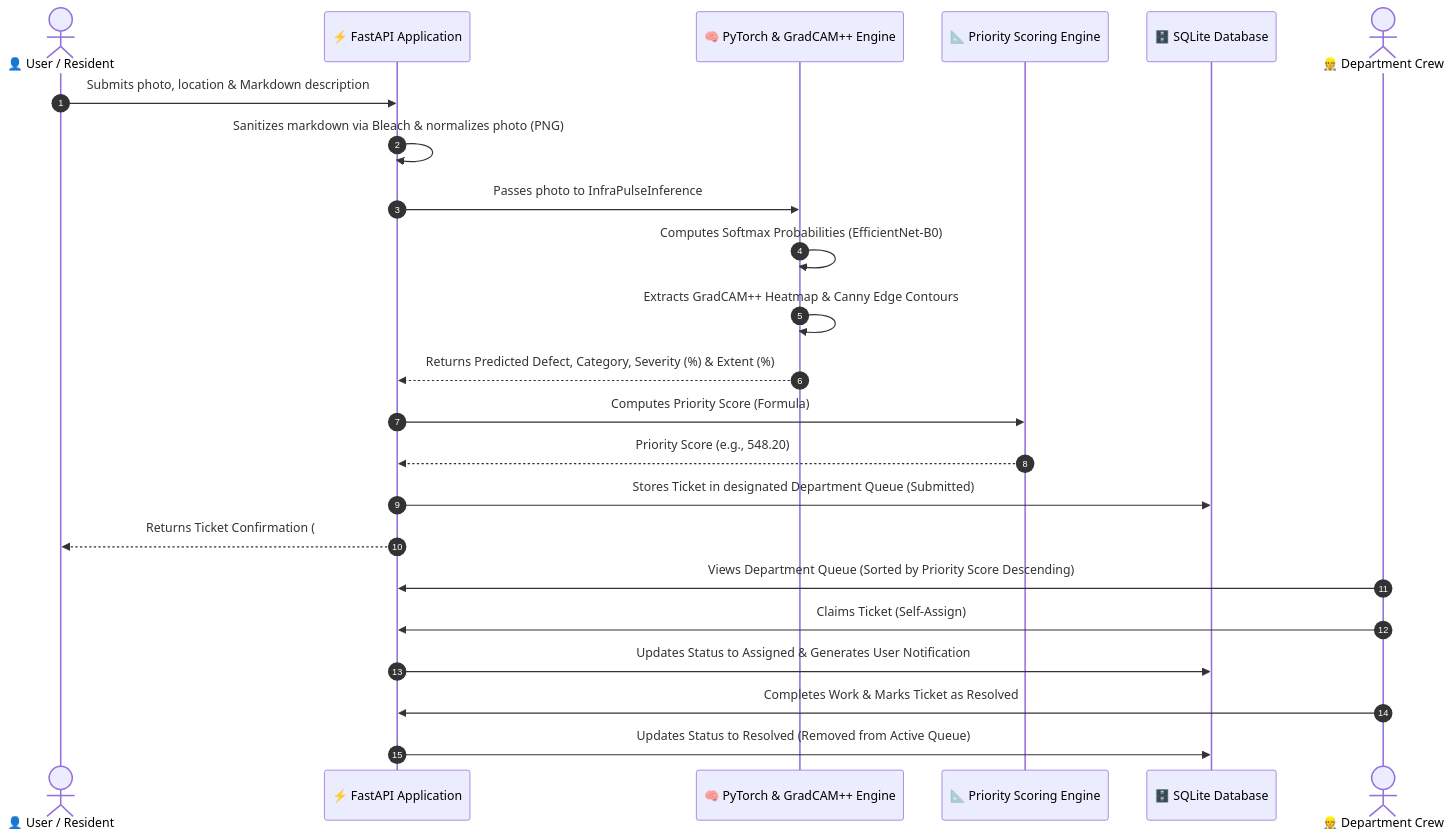
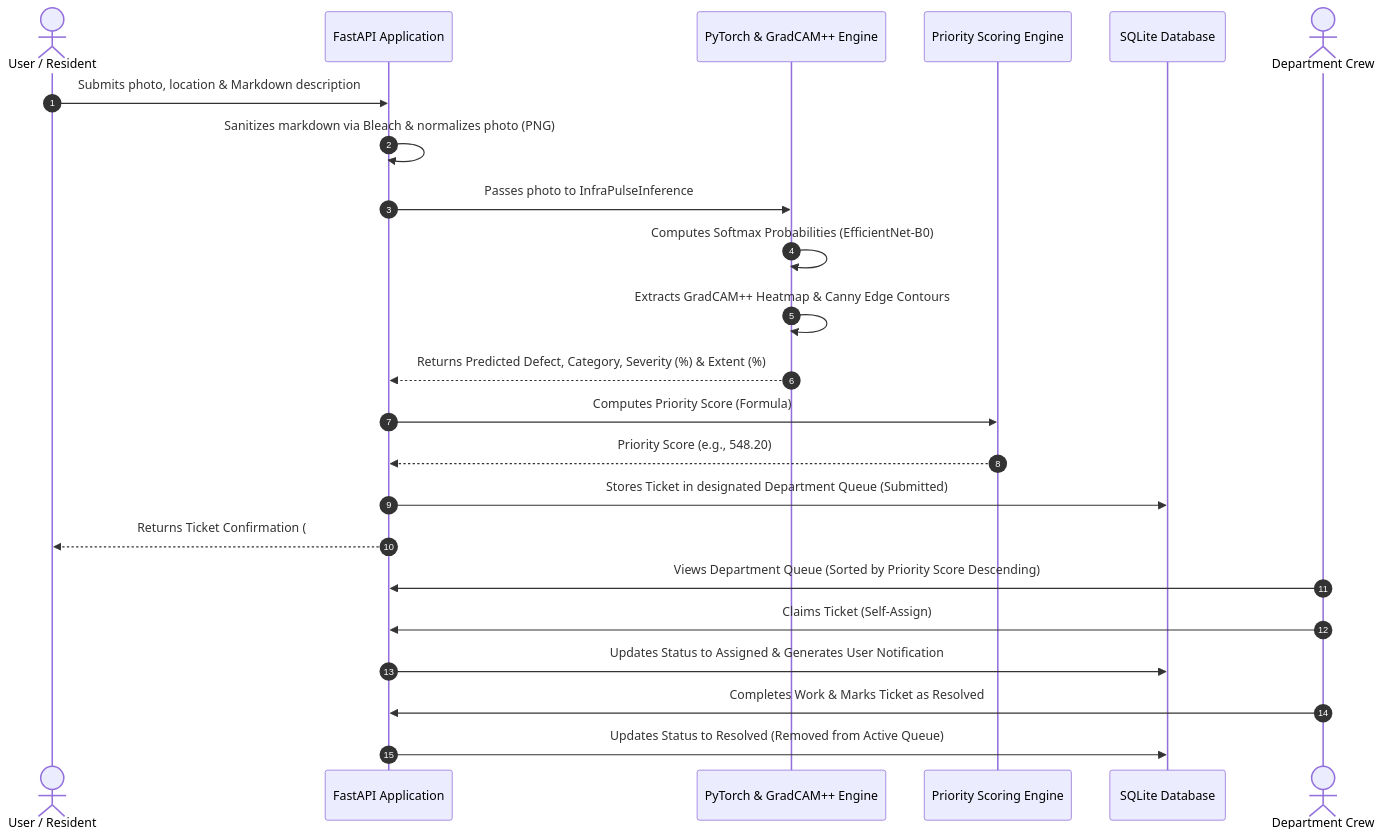
The second of 5 diagrams in docs/DESIGN_DOCUMENT.md (Bittu5134/InfraPulse), drawn with Mermaid before and after one commit. The commit also changed 1 other file, not shown here.

Commit message:
docs: reorganize diagrams contextually throughout README and strip all emojis across docs

````diff
--- a/docs/DESIGN_DOCUMENT.md
+++ b/docs/DESIGN_DOCUMENT.md
@@ -78,26 +78,26 @@
 ```mermaid
 sequenceDiagram
     autonumber
-    actor Resident as 👤 User / Resident
-    participant App as ⚡ FastAPI Application
-    participant ML as 🧠 PyTorch & GradCAM++ Engine
-    participant Engine as 📐 Priority Scoring Engine
-    participant DB as 🗄️ SQLite Database
-    actor Staff as 👷 Department Crew
+    actor Resident as User / Resident
+    participant App as FastAPI Application
+    participant ML as PyTorch & GradCAM++ Engine
+    participant Engine as Priority Scoring Engine
+    participant DB as SQLite Database
+    actor Staff as Department Crew
 
     Resident->>App: Submits photo, location & Markdown description
     App->>App: Sanitizes markdown via Bleach & normalizes photo (PNG)
     App->>ML: Passes photo to InfraPulseInference
     ML->>ML: Computes Softmax Probabilities (EfficientNet-B0)
     ML->>ML: Extracts GradCAM++ Heatmap & Canny Edge Contours
     ML-->>App: Returns Predicted Defect, Category, Severity (%) & Extent (%)
     App->>Engine: Computes Priority Score (Formula)
     Engine-->>App: Priority Score (e.g., 548.20)
     App->>DB: Stores Ticket in designated Department Queue (Submitted)
     App-->>Resident: Returns Ticket Confirmation (#INF-XXXXXXXXXX) & Live Queue Rank
     Staff->>App: Views Department Queue (Sorted by Priority Score Descending)
     Staff->>App: Claims Ticket (Self-Assign)
     App->>DB: Updates Status to Assigned & Generates User Notification
     Staff->>App: Completes Work & Marks Ticket as Resolved
     App->>DB: Updates Status to Resolved (Removed from Active Queue)
 ```
````
